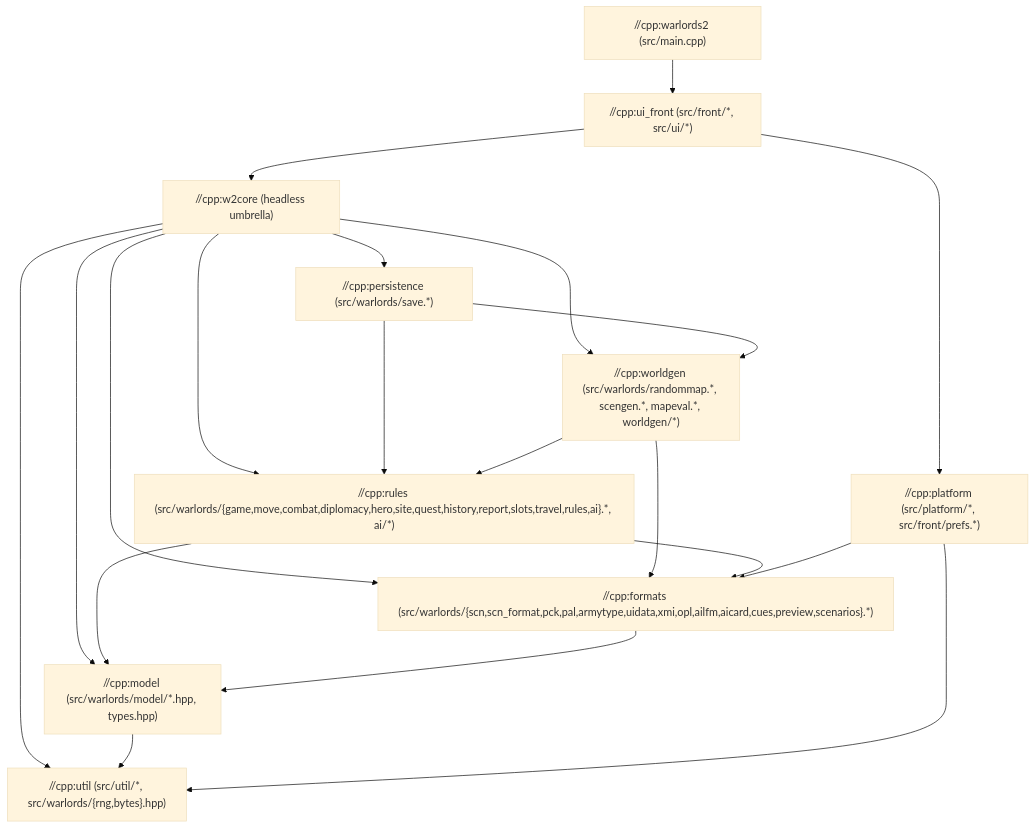
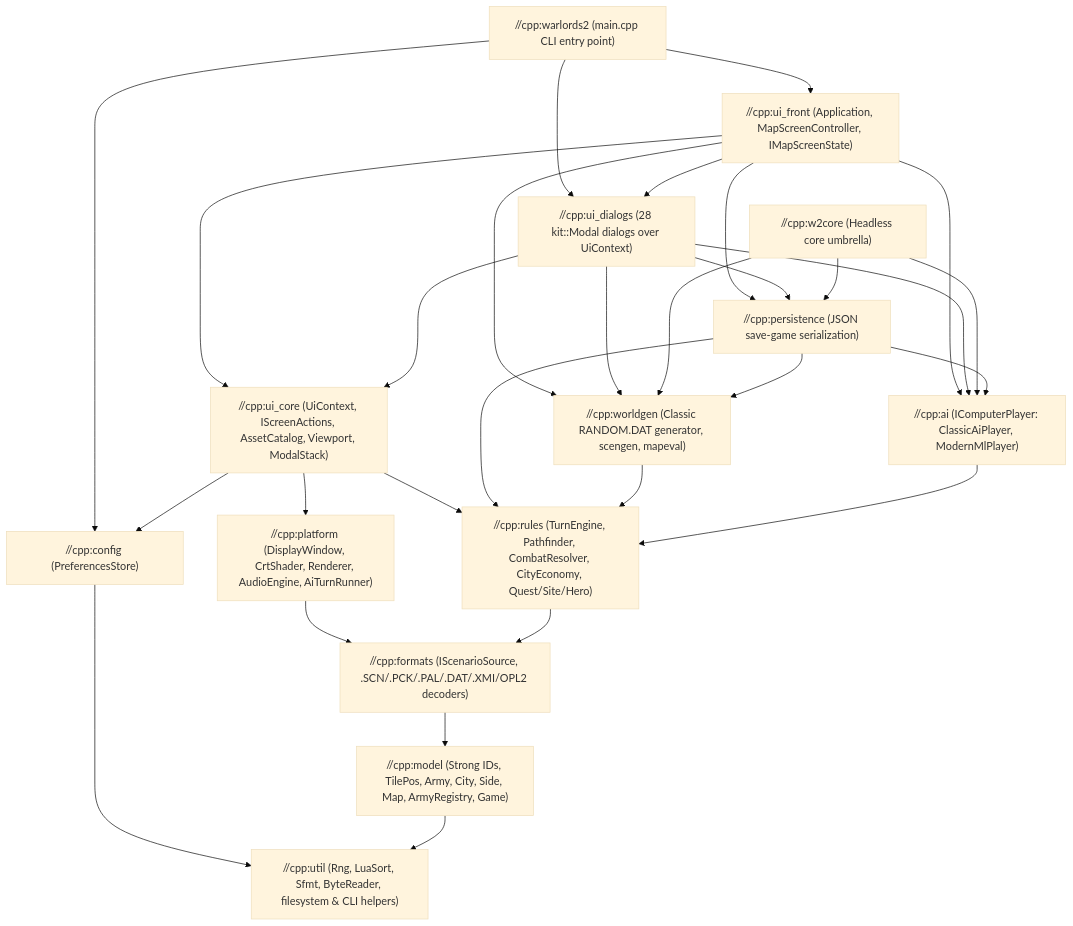
One commit to pokowaka/warlords2-remake changed the diagram in docs/ARCHITECTURE.md. Above: the diagram before and after it, drawn with Mermaid (base theme). The commit also changed other lines of this file and 28 other files, not shown here.

````diff
--- a/docs/ARCHITECTURE.md
+++ b/docs/ARCHITECTURE.md
@@ -11,33 +11,46 @@
 ```mermaid
 flowchart TD
-    warlords2["//cpp:warlords2 (src/main.cpp)"]
-    ui_front["//cpp:ui_front (src/front/*, src/ui/*)"]
-    platform["//cpp:platform (src/platform/*, src/front/prefs.*)"]
-    w2core["//cpp:w2core (headless umbrella)"]
-    persistence["//cpp:persistence (src/warlords/save.*)"]
-    worldgen["//cpp:worldgen (src/warlords/randommap.*, scengen.*, mapeval.*, worldgen/*)"]
-    rules["//cpp:rules (src/warlords/{game,move,combat,diplomacy,hero,site,quest,history,report,slots,travel,rules,ai}.*, ai/*)"]
-    formats["//cpp:formats (src/warlords/{scn,scn_format,pck,pal,armytype,uidata,xmi,opl,ailfm,aicard,cues,preview,scenarios}.*)"]
-    model["//cpp:model (src/warlords/model/*.hpp, types.hpp)"]
-    util["//cpp:util (src/util/*, src/warlords/{rng,bytes}.hpp)"]
+    warlords2["//cpp:warlords2 (main.cpp CLI entry point)"]
+    ui_front["//cpp:ui_front (Application, MapScreenController, IMapScreenState)"]
+    ui_dialogs["//cpp:ui_dialogs (28 kit::Modal dialogs over UiContext)"]
+    ui_core["//cpp:ui_core (UiContext, IScreenActions, AssetCatalog, Viewport, ModalStack)"]
+    platform["//cpp:platform (DisplayWindow, CrtShader, Renderer, AudioEngine, AiTurnRunner)"]
+    config["//cpp:config (PreferencesStore)"]
+    w2core["//cpp:w2core (Headless core umbrella)"]
+    persistence["//cpp:persistence (JSON save-game serialization)"]
+    worldgen["//cpp:worldgen (Classic RANDOM.DAT generator, scengen, mapeval)"]
+    ai["//cpp:ai (IComputerPlayer: ClassicAiPlayer, ModernMlPlayer)"]
+    rules["//cpp:rules (TurnEngine, Pathfinder, CombatResolver, CityEconomy, Quest/Site/Hero)"]
+    formats["//cpp:formats (IScenarioSource, .SCN/.PCK/.PAL/.DAT/.XMI/OPL2 decoders)"]
+    model["//cpp:model (Strong IDs, TilePos, Army, City, Side, Map, ArmyRegistry, Game)"]
+    util["//cpp:util (Rng, LuaSort, Sfmt, ByteReader, filesystem & CLI helpers)"]
 
     warlords2 --> ui_front
-    ui_front --> platform
-    ui_front --> w2core
+    warlords2 --> ui_dialogs
+    warlords2 --> config
+    ui_front --> ui_dialogs
+    ui_front --> ui_core
+    ui_front --> persistence
+    ui_front --> worldgen
+    ui_front --> ai
+    ui_dialogs --> ui_core
+    ui_dialogs --> persistence
+    ui_dialogs --> worldgen
+    ui_dialogs --> ai
+    ui_core --> platform
+    ui_core --> config
+    ui_core --> rules
+    platform --> formats
+    config --> util
     w2core --> persistence
     w2core --> worldgen
-    w2core --> rules
-    w2core --> formats
-    w2core --> model
-    w2core --> util
+    w2core --> ai
     persistence --> worldgen
+    persistence --> ai
     persistence --> rules
     worldgen --> rules
-    worldgen --> formats
+    ai --> rules
     rules --> formats
-    rules --> model
     formats --> model
     model --> util
-    platform --> formats
-    platform --> util
 ```
````
